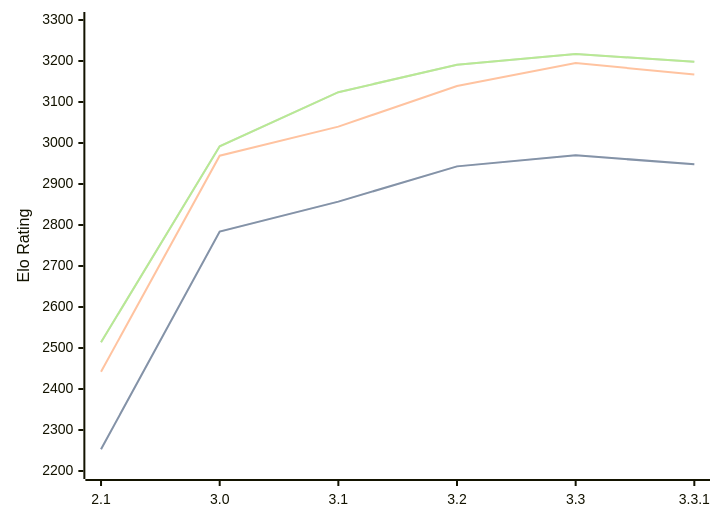
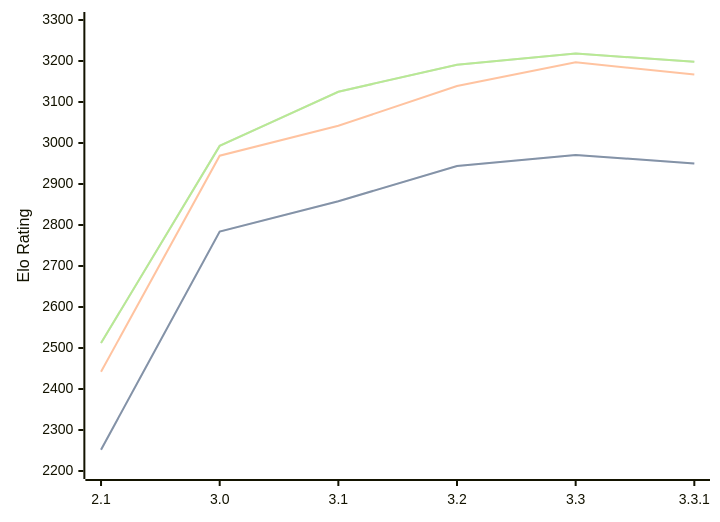
One commit to computer-chess-index/cci changed the diagram in engines/Petrel.md. Above: the diagram before and after it, drawn with Mermaid. The commit also changed other lines of this file, not shown here.

Commit message:
Update CCI Ratings (ELO VLTC) - 2026-04-01

````diff
--- a/engines/Petrel.md
+++ b/engines/Petrel.md
@@ -45,11 +45,11 @@
 ```mermaid
 %%{init: {"theme":"base","themeVariables":{"seriesColors:['#a3a3a3','#222221','#faa371']}}}%%
 xychart-beta
   x-axis ["2.1", "3.0", "3.1", "3.2", "3.3", "3.3.1"]
   y-axis "Elo Rating" 2200 --> 3300
-  line "STC (8.0+0.08s)" [2253, 2784, 2857, 2943, 2970, 2948]
-  line "STC (8.0+0.08s)" [2253, 2784, 2857, 2943, 2970, 2948]
-  line "LTC (60.0+0.60s)" [2442, 2969, 3040, 3139, 3195, 3167]
-  line "VLTC (2m24s+1.12s)" [2514, 2992, 3124, 3191, 3217, 3198]
-  line "VLTC (2m24s+1.12s)" [2514, 2992, 3124, 3191, 3217, 3198]
+  line "STC (8.0+0.08s)" [2252, 2784, 2858, 2944, 2971, 2950]
+  line "STC (8.0+0.08s)" [2252, 2784, 2858, 2944, 2971, 2950]
+  line "LTC (60.0+0.60s)" [2442, 2969, 3042, 3139, 3197, 3167]
+  line "VLTC (2m24s+1.12s)" [2512, 2993, 3125, 3191, 3218, 3198]
+  line "VLTC (2m24s+1.12s)" [2512, 2993, 3125, 3191, 3218, 3198]
 ```
````
